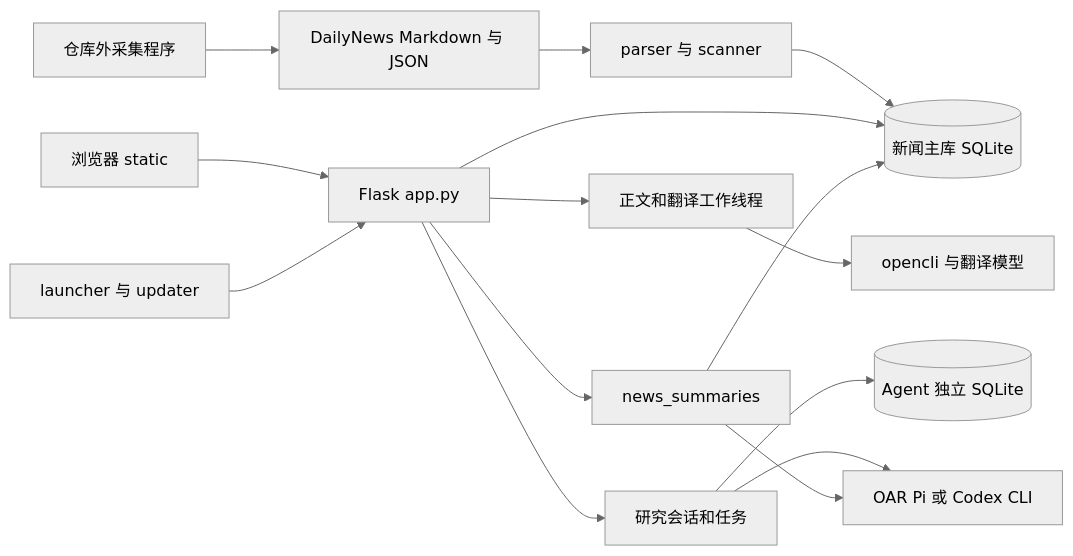
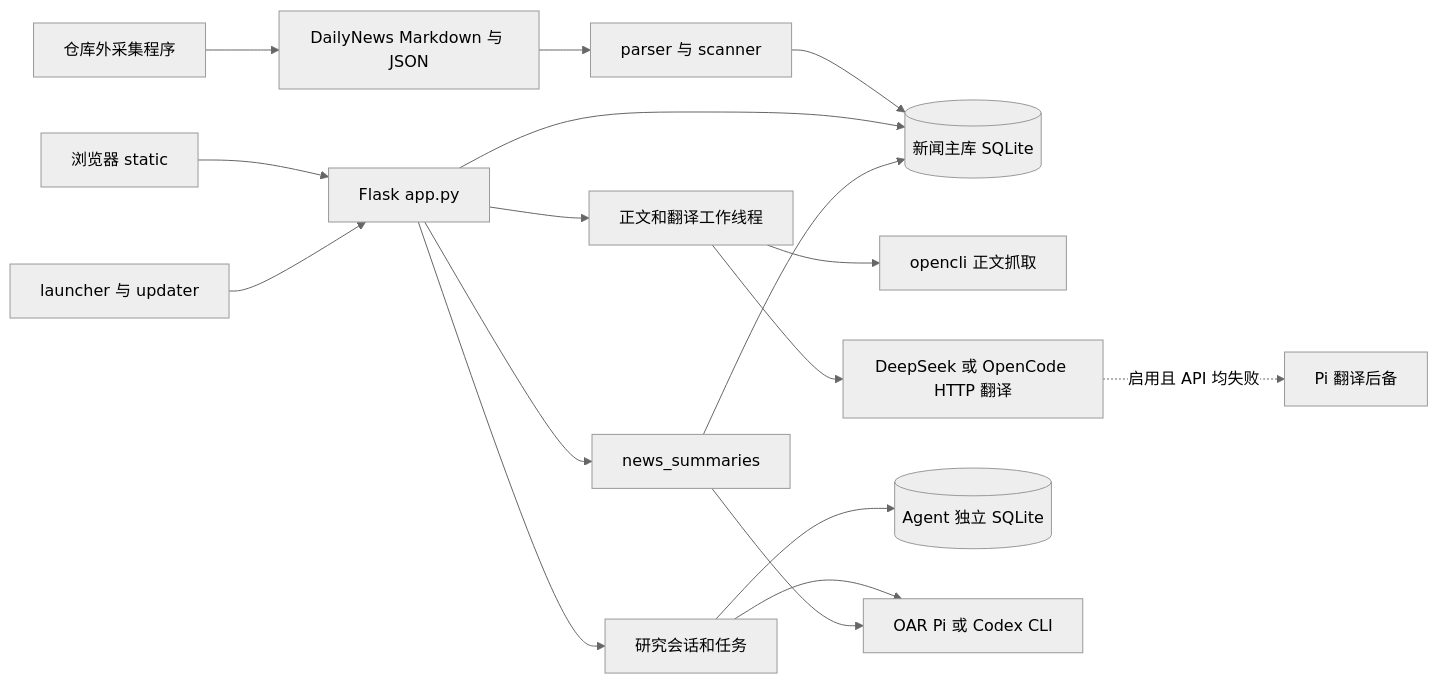
The diagram in docs/handoff/02-architecture.md (xusz12/NewsReader2), drawn with Mermaid (neutral theme) before and after one commit. The commit also changed other lines of this file and 48 other files, not shown here.

Commit message:
feat: 发布 v0.4.2，接入 OpenCode 并完善 Pi 模型管理

````diff
--- a/docs/handoff/02-architecture.md
+++ b/docs/handoff/02-architecture.md
@@ -33,17 +42,19 @@
 ```mermaid
 flowchart LR
   C[仓库外采集程序] --> D[DailyNews Markdown 与 JSON]
   D --> S[parser 与 scanner]
   S --> DB[(新闻主库 SQLite)]
   UI[浏览器 static] --> API[Flask app.py]
   API --> DB
   API --> W[正文和翻译工作线程]
-  W --> CLI[opencli 与翻译模型]
+  W --> CLI[opencli 正文抓取]
+  W --> HTTP[DeepSeek 或 OpenCode HTTP 翻译]
+  HTTP -. 启用且 API 均失败 .-> PI[Pi 翻译后备]
   API --> A[研究会话和任务]
   A --> ADB[(Agent 独立 SQLite)]
   A --> R[OAR Pi 或 Codex CLI]
   API --> NS[news_summaries]
   NS --> R
   NS --> DB
   L[launcher 与 updater] --> API
 ```
````
